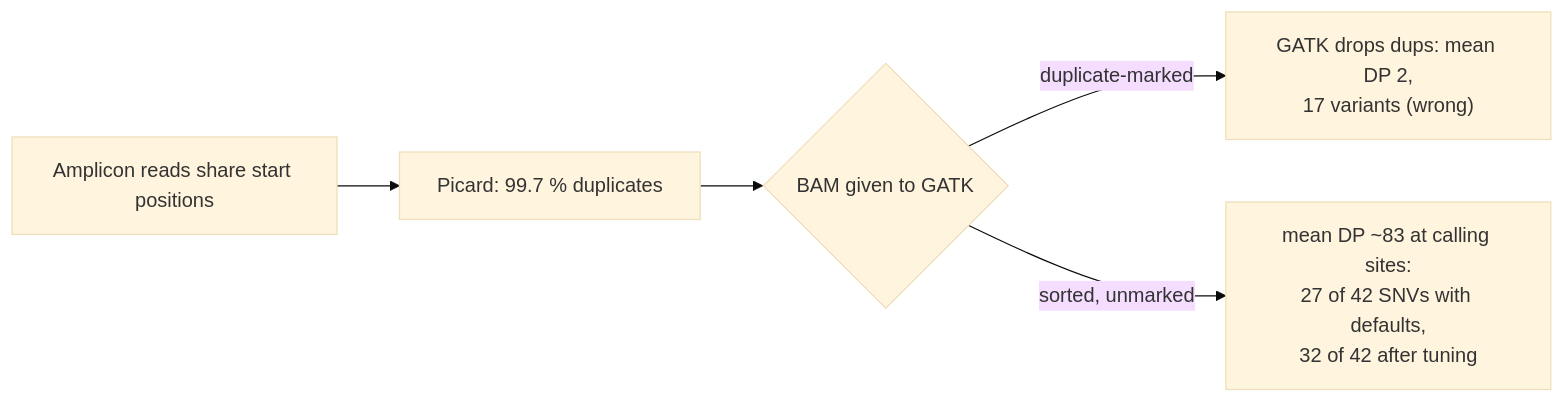
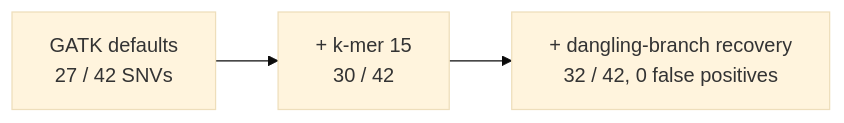
One commit to AHumanBrain/my_amplicon_project changed the fifth of 8 diagrams in README.md. Above: the diagram before and after it, drawn with Mermaid (base theme). The commit also changed other lines of this file, not shown here.

````diff
--- a/README.md
+++ b/README.md
@@ -185,7 +137,4 @@
 ```mermaid
 flowchart LR
-    A["Amplicon reads share start positions"] --> B["Picard: 99.7 % duplicates"]
-    B --> C{"BAM given to GATK"}
-    C -- "duplicate-marked" --> D["GATK drops dups: mean DP 2,<br/>17 variants (wrong)"]
-    C -- "sorted, unmarked" --> E["mean DP ~83 at calling sites:<br/>27 of 42 SNVs with defaults,<br/>32 of 42 after tuning"]
+    D["GATK defaults<br/>27 / 42 SNVs"] --> K["+ k-mer 15<br/>30 / 42"] --> E["+ dangling-branch recovery<br/>32 / 42, 0 false positives"]
 ```
````
